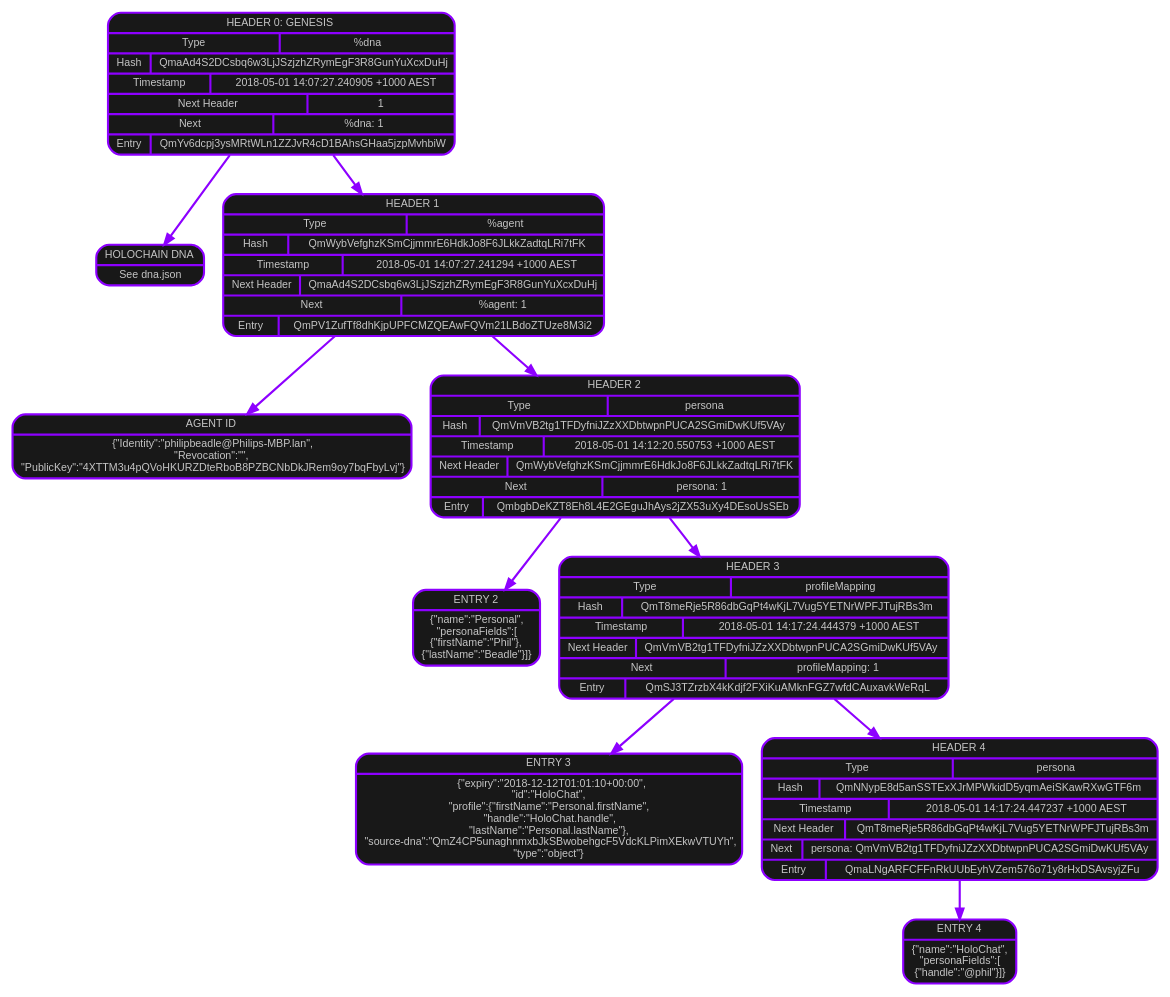
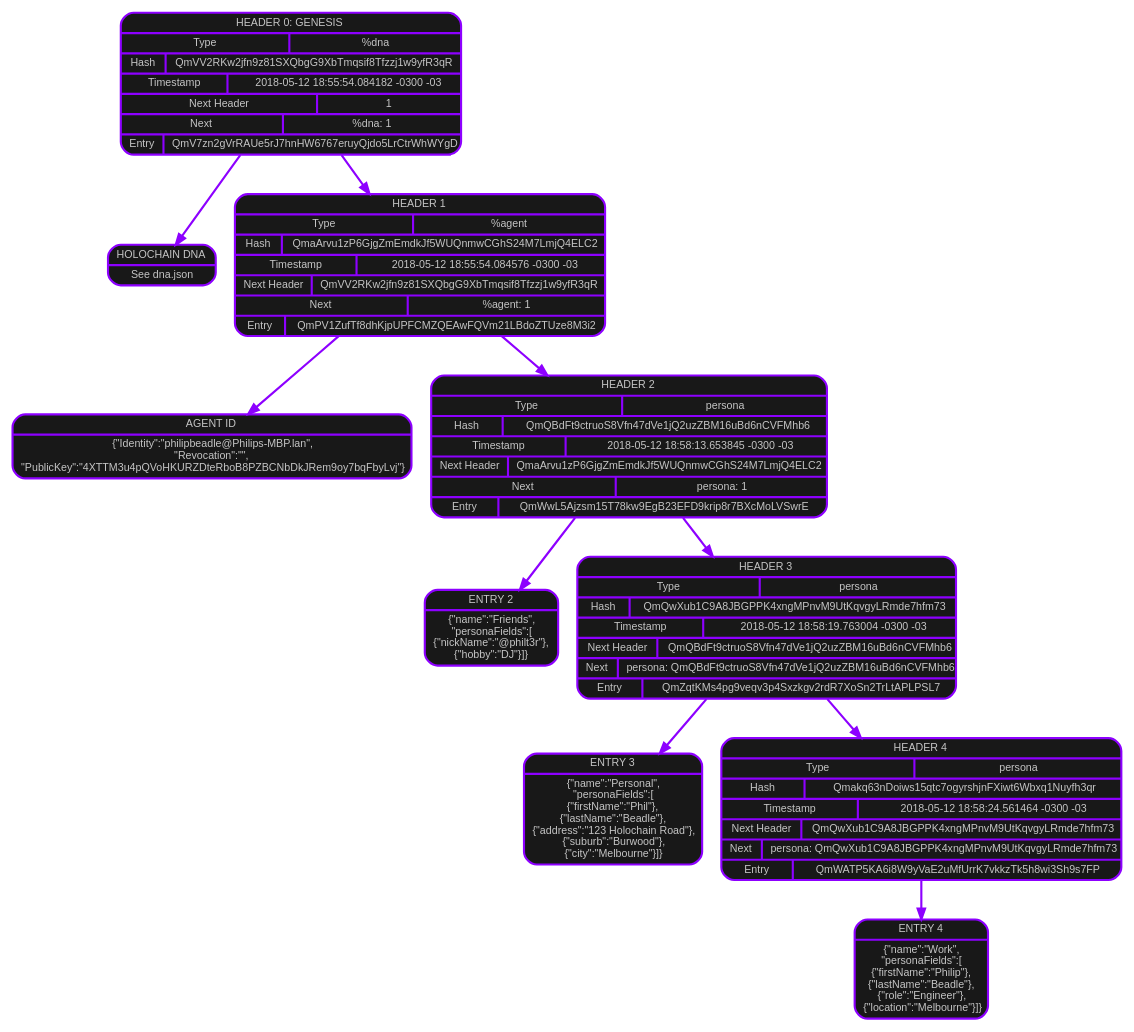
Before and after one commit to holochain/personas-profiles-redux: the diagram in vault.dot, drawn with Graphviz. The commit also changed 17 other files, not shown here.

Commit message:
Update readme and some work on profile

```diff
--- a/vault.dot
+++ b/vault.dot
@@ -1,59 +1,59 @@
 digraph chain {
 graph [splines=line];
 node [shape=record fontname="Arial",fontsize="10",style="rounded, filled",penwidth=2,fontcolor="#c5c5c5",color="#8d00ff",fillcolor="#181818"];
 edge [penwidth=2, color="#8d00ff"];
 header0 [label=<{HEADER 0: GENESIS|
 {Type|%dna}|
-{Hash|QmaAd4S2DCsbq6w3LjJSzjzhZRymEgF3R8GunYuXcxDuHj}|
-{Timestamp|2018-05-01 14:07:27.240905 +1000 AEST}|
+{Hash|QmVV2RKw2jfn9z81SXQbgG9XbTmqsif8Tfzzj1w9yfR3qR}|
+{Timestamp|2018-05-12 18:55:54.084182 -0300 -03}|
 {Next Header|1}|
 {Next|%dna: 1}|
-{Entry|QmYv6dcpj3ysMRtWLn1ZZJvR4cD1BAhsGHaa5jzpMvhbiW}
+{Entry|QmV7zn2gVrRAUe5rJ7hnHW6767eruyQjdo5LrCtrWhWYgD}
 }>];
 content0 [label=<{HOLOCHAIN DNA|See dna.json}>];
 header0->content0;
 header0->header1;
 header1 [label=<{HEADER 1|
 {Type|%agent}|
-{Hash|QmWybVefghzKSmCjjmmrE6HdkJo8F6JLkkZadtqLRi7tFK}|
-{Timestamp|2018-05-01 14:07:27.241294 +1000 AEST}|
-{Next Header|QmaAd4S2DCsbq6w3LjJSzjzhZRymEgF3R8GunYuXcxDuHj}|
+{Hash|QmaArvu1zP6GjgZmEmdkJf5WUQnmwCGhS24M7LmjQ4ELC2}|
+{Timestamp|2018-05-12 18:55:54.084576 -0300 -03}|
+{Next Header|QmVV2RKw2jfn9z81SXQbgG9XbTmqsif8Tfzzj1w9yfR3qR}|
 {Next|%agent: 1}|
 {Entry|QmPV1ZufTf8dhKjpUPFCMZQEAwFQVm21LBdoZTUze8M3i2}
 }>];
 content1 [label=<{AGENT ID|\{"Identity":"philipbeadle@Philips-MBP.lan",<br/>"Revocation":"",<br/>"PublicKey":"4XTTM3u4pQVoHKURZDteRboB8PZBCNbDkJRem9oy7bqFbyLvj"\}}>];
 header1->content1;
 header1->header2;
 header2 [label=<{HEADER 2|
 {Type|persona}|
-{Hash|QmVmVB2tg1TFDyfniJZzXXDbtwpnPUCA2SGmiDwKUf5VAy}|
-{Timestamp|2018-05-01 14:12:20.550753 +1000 AEST}|
-{Next Header|QmWybVefghzKSmCjjmmrE6HdkJo8F6JLkkZadtqLRi7tFK}|
+{Hash|QmQBdFt9ctruoS8Vfn47dVe1jQ2uzZBM16uBd6nCVFMhb6}|
+{Timestamp|2018-05-12 18:58:13.653845 -0300 -03}|
+{Next Header|QmaArvu1zP6GjgZmEmdkJf5WUQnmwCGhS24M7LmjQ4ELC2}|
 {Next|persona: 1}|
-{Entry|QmbgbDeKZT8Eh8L4E2GEguJhAys2jZX53uXy4DEsoUsSEb}
+{Entry|QmWwL5Ajzsm15T78kw9EgB23EFD9krip8r7BXcMoLVSwrE}
 }>];
-content2 [label=<{ENTRY 2|\{"name":"Personal",<br/>"personaFields":[<br/>\{"firstName":"Phil"\},<br/>\{"lastName":"Beadle"\}]\}}>];
+content2 [label=<{ENTRY 2|\{"name":"Friends",<br/>"personaFields":[<br/>\{"nickName":"@philt3r"\},<br/>\{"hobby":"DJ"\}]\}}>];
 header2->content2;
 header2->header3;
 header3 [label=<{HEADER 3|
-{Type|profileMapping}|
-{Hash|QmT8meRje5R86dbGqPt4wKjL7Vug5YETNrWPFJTujRBs3m}|
-{Timestamp|2018-05-01 14:17:24.444379 +1000 AEST}|
-{Next Header|QmVmVB2tg1TFDyfniJZzXXDbtwpnPUCA2SGmiDwKUf5VAy}|
-{Next|profileMapping: 1}|
-{Entry|QmSJ3TZrzbX4kKdjf2FXiKuAMknFGZ7wfdCAuxavkWeRqL}
+{Type|persona}|
+{Hash|QmQwXub1C9A8JBGPPK4xngMPnvM9UtKqvgyLRmde7hfm73}|
+{Timestamp|2018-05-12 18:58:19.763004 -0300 -03}|
+{Next Header|QmQBdFt9ctruoS8Vfn47dVe1jQ2uzZBM16uBd6nCVFMhb6}|
+{Next|persona: QmQBdFt9ctruoS8Vfn47dVe1jQ2uzZBM16uBd6nCVFMhb6}|
+{Entry|QmZqtKMs4pg9veqv3p4Sxzkgv2rdR7XoSn2TrLtAPLPSL7}
 }>];
-content3 [label=<{ENTRY 3|\{"expiry":"2018-12-12T01:01:10+00:00",<br/>"id":"HoloChat",<br/>"profile":\{"firstName":"Personal.firstName",<br/>"handle":"HoloChat.handle",<br/>"lastName":"Personal.lastName"\},<br/>"source-dna":"QmZ4CP5unaghnmxbJkSBwobehgcF5VdcKLPimXEkwVTUYh",<br/>"type":"object"\}}>];
+content3 [label=<{ENTRY 3|\{"name":"Personal",<br/>"personaFields":[<br/>\{"firstName":"Phil"\},<br/>\{"lastName":"Beadle"\},<br/>\{"address":"123 Holochain Road"\},<br/>\{"suburb":"Burwood"\},<br/>\{"city":"Melbourne"\}]\}}>];
 header3->content3;
 header3->header4;
 header4 [label=<{HEADER 4|
 {Type|persona}|
-{Hash|QmNNypE8d5anSSTExXJrMPWkidD5yqmAeiSKawRXwGTF6m}|
-{Timestamp|2018-05-01 14:17:24.447237 +1000 AEST}|
-{Next Header|QmT8meRje5R86dbGqPt4wKjL7Vug5YETNrWPFJTujRBs3m}|
-{Next|persona: QmVmVB2tg1TFDyfniJZzXXDbtwpnPUCA2SGmiDwKUf5VAy}|
-{Entry|QmaLNgARFCFFnRkUUbEyhVZem576o71y8rHxDSAvsyjZFu}
+{Hash|Qmakq63nDoiws15qtc7ogyrshjnFXiwt6Wbxq1Nuyfh3qr}|
+{Timestamp|2018-05-12 18:58:24.561464 -0300 -03}|
+{Next Header|QmQwXub1C9A8JBGPPK4xngMPnvM9UtKqvgyLRmde7hfm73}|
+{Next|persona: QmQwXub1C9A8JBGPPK4xngMPnvM9UtKqvgyLRmde7hfm73}|
+{Entry|QmWATP5KA6i8W9yVaE2uMfUrrK7vkkzTk5h8wi3Sh9s7FP}
 }>];
-content4 [label=<{ENTRY 4|\{"name":"HoloChat",<br/>"personaFields":[<br/>\{"handle":"@phil"\}]\}}>];
+content4 [label=<{ENTRY 4|\{"name":"Work",<br/>"personaFields":[<br/>\{"firstName":"Philip"\},<br/>\{"lastName":"Beadle"\},<br/>\{"role":"Engineer"\},<br/>\{"location":"Melbourne"\}]\}}>];
 header4->content4;
 }
```
